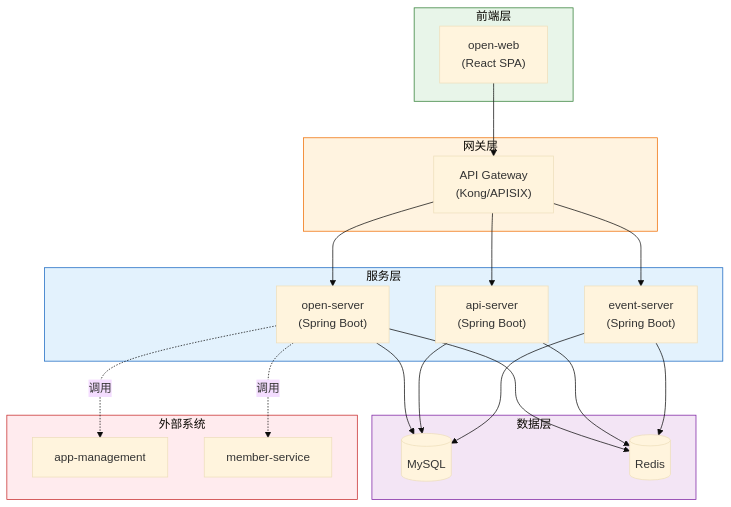
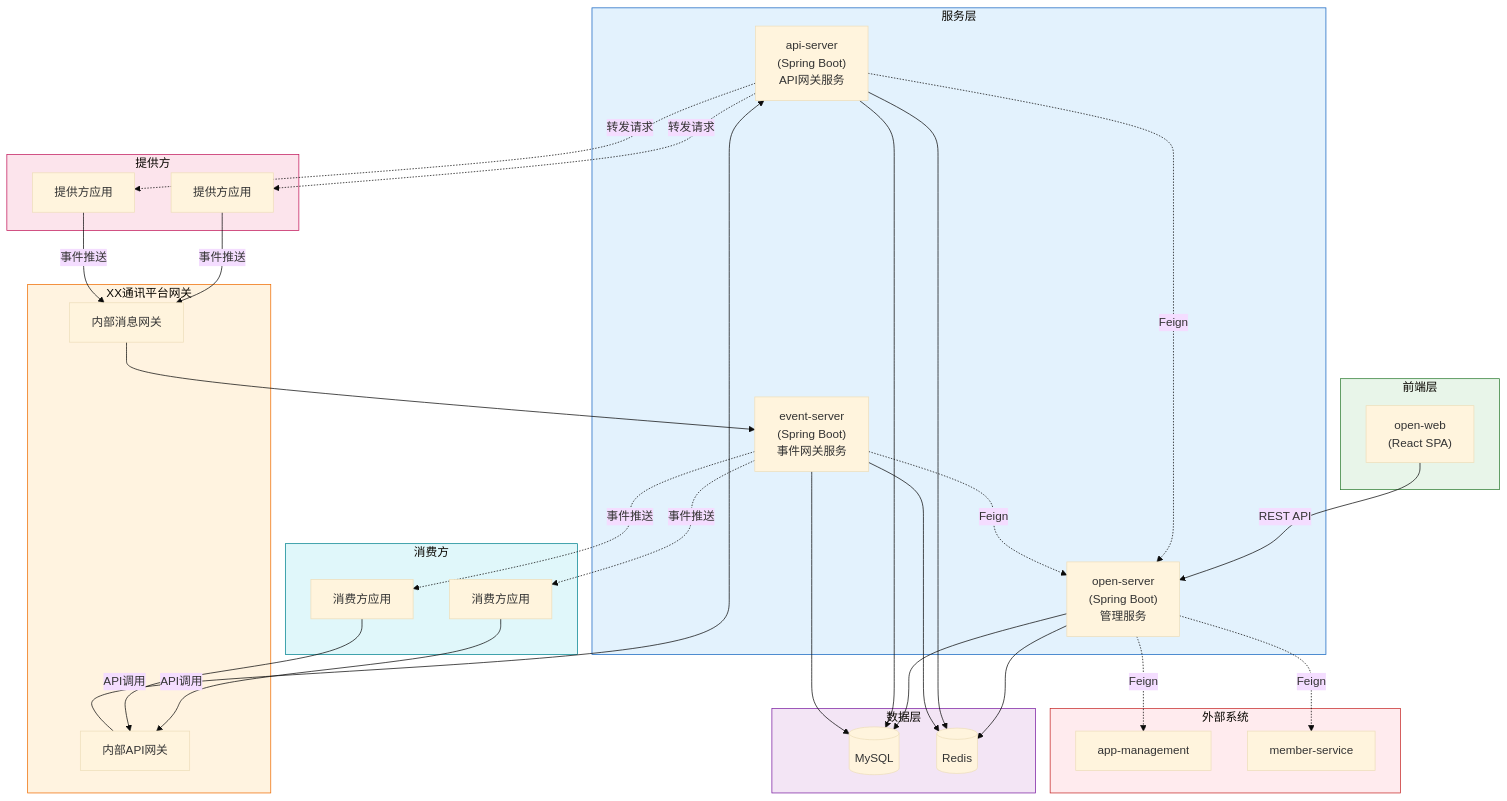
The sixth of 8 diagrams in .sddu/specs-tree-root/specs-tree-capability-open-platform/plan.md (THZSummer/open-app), drawn with Mermaid (base theme) before and after one commit. The commit also changed other lines of this file, not shown here.

Commit message:
fix(plan): 修正架构图，移除网关层，明确服务使用者
- 移除网关层，open-web直接连接open-server
- api-server通过XX通讯平台内部API网关供消费方/提供方使用
- event-server通过XX通讯平台内部消息网关供提供方使用
- 更新服务职责划分表格，增加使用者列
- 更新api-server/event-server服务职责明细，明确使用者
- 更新服务间调用关系图，展示平台网关和消费方/提供方

````diff
--- a/.sddu/specs-tree-root/specs-tree-capability-open-platform/plan.md
+++ b/.sddu/specs-tree-root/specs-tree-capability-open-platform/plan.md
@@ -408,14 +408,10 @@
         OpenWeb["open-web\n(React SPA)"]
     end
     
-    subgraph Gateway["网关层"]
-        APIGW["API Gateway\n(Kong/APISIX)"]
-    end
-    
     subgraph Services["服务层"]
-        OpenServer["open-server\n(Spring Boot)"]
-        ApiServer["api-server\n(Spring Boot)"]
-        EventServer["event-server\n(Spring Boot)"]
+        OpenServer["open-server\n(Spring Boot)\n管理服务"]
+        ApiServer["api-server\n(Spring Boot)\nAPI网关服务"]
+        EventServer["event-server\n(Spring Boot)\n事件网关服务"]
     end
     
     subgraph DataLayer["数据层"]
@@ -428,24 +424,65 @@
         Member["member-service"]
     end
     
-    OpenWeb --> APIGW
-    APIGW --> OpenServer
-    APIGW --> ApiServer
-    APIGW --> EventServer
+    subgraph PlatformGW["XX通讯平台网关"]
+        ApiGW["内部API网关"]
+        MsgGW["内部消息网关"]
+    end
     
+    subgraph Consumers["消费方"]
+        Consumer1["消费方应用"]
+        Consumer2["消费方应用"]
+    end
+    
+    subgraph Providers["提供方"]
+        Provider1["提供方应用"]
+        Provider2["提供方应用"]
+    end
+    
+    %% 前端直接连接管理服务
+    OpenWeb -->|REST API| OpenServer
+    
+    %% 管理服务访问数据层
     OpenServer --> MySQL
     OpenServer --> Redis
+    
+    %% 网关服务访问数据层
     ApiServer --> MySQL
     ApiServer --> Redis
     EventServer --> MySQL
     EventServer --> Redis
     
-    OpenServer -.->|调用| AppMgmt
-    OpenServer -.->|调用| Member
+    %% 管理服务调用外部系统
+    OpenServer -.->|Feign| AppMgmt
+    OpenServer -.->|Feign| Member
+    
+    %% 消费方通过平台网关访问网关服务
+    Consumer1 -->|API调用| ApiGW
+    Consumer2 -->|API调用| ApiGW
+    ApiGW --> ApiServer
+    
+    %% 事件通过平台消息网关
+    Provider1 -->|事件推送| MsgGW
+    Provider2 -->|事件推送| MsgGW
+    MsgGW --> EventServer
+    
+    %% 网关服务调用管理服务获取权限信息
+    ApiServer -.->|Feign| OpenServer
+    EventServer -.->|Feign| OpenServer
+    
+    %% API网关转发请求到提供方
+    ApiServer -.->|转发请求| Provider1
+    ApiServer -.->|转发请求| Provider2
+    
+    %% 事件网关推送到消费方
+    EventServer -.->|事件推送| Consumer1
+    EventServer -.->|事件推送| Consumer2
     
     style Frontend fill:#e8f5e9,stroke:#2e7d32
-    style Gateway fill:#fff3e0,stroke:#ef6c00
     style Services fill:#e3f2fd,stroke:#1565c0
     style DataLayer fill:#f3e5f5,stroke:#7b1fa2
     style External fill:#ffebee,stroke:#c62828
+    style PlatformGW fill:#fff3e0,stroke:#ef6c00
+    style Consumers fill:#e0f7fa,stroke:#00838f
+    style Providers fill:#fce4ec,stroke:#c2185b
 ```
````
